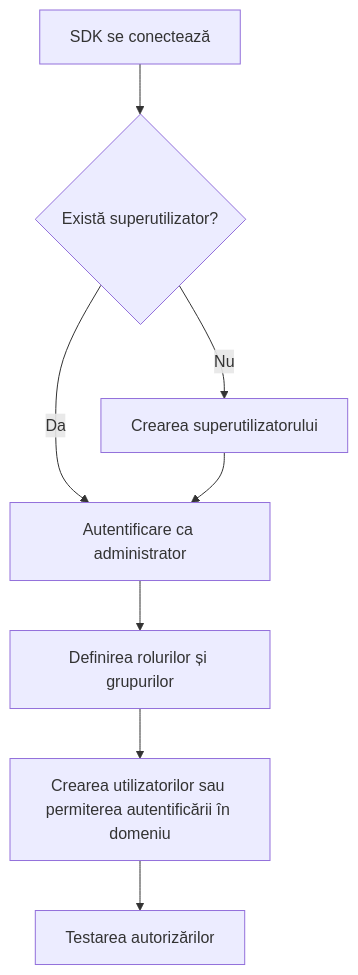
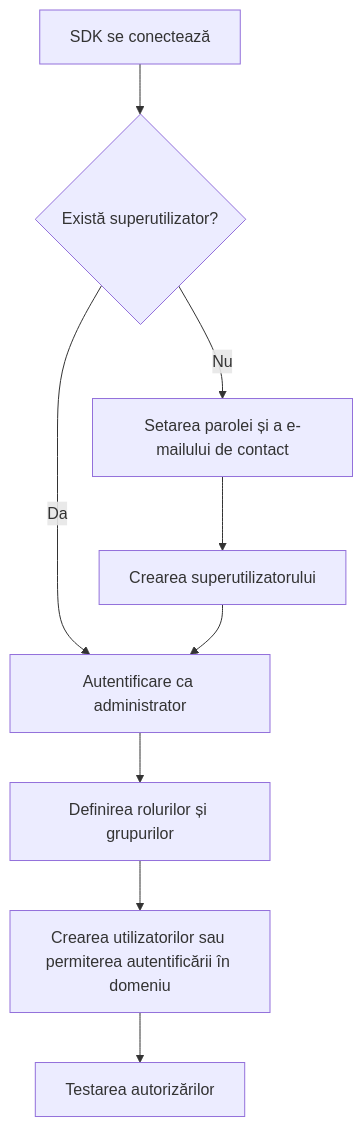
The seventh of 19 diagrams in Docs/Benutzerhandbuch/Benutzerhandbuch_RO.md (ImagingTools/Puma), drawn with Mermaid before and after one commit. The commit also changed other lines of this file and 2 other files, not shown here.

````diff
--- a/Docs/Benutzerhandbuch/Benutzerhandbuch_RO.md
+++ b/Docs/Benutzerhandbuch/Benutzerhandbuch_RO.md
@@ -162,10 +220,11 @@
 ```mermaid
 flowchart TD
     A[SDK se conectează] --> B{Există superutilizator?}
-    B -->|Nu| C[Crearea superutilizatorului]
+    B -->|Nu| C[Setarea parolei și a e-mailului de contact]
+    C --> H[Crearea superutilizatorului]
     B -->|Da| D[Autentificare ca administrator]
-    C --> D
+    H --> D
     D --> E[Definirea rolurilor și grupurilor]
     E --> F[Crearea utilizatorilor sau permiterea autentificării în domeniu]
     F --> G[Testarea autorizărilor]
 ```
````
